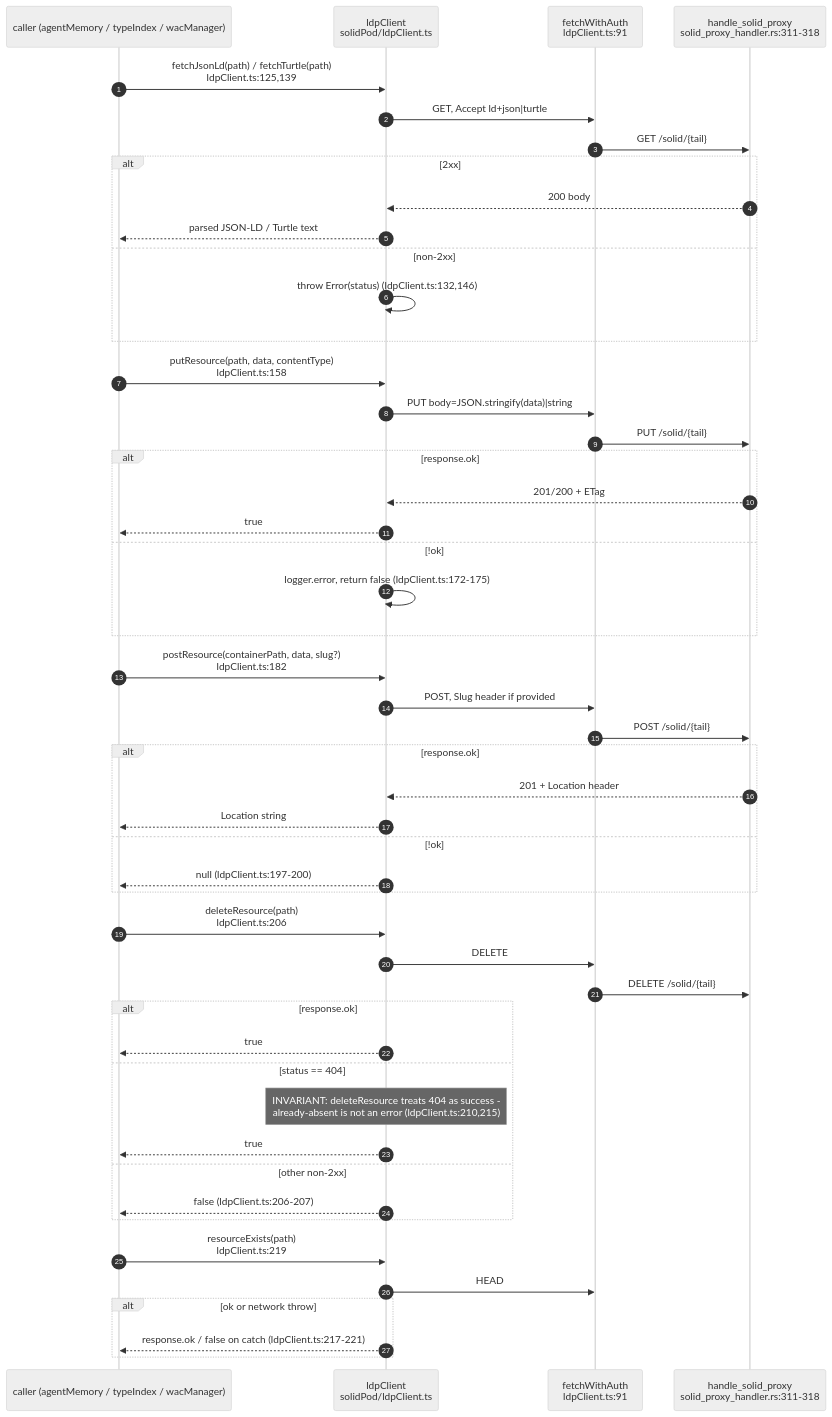
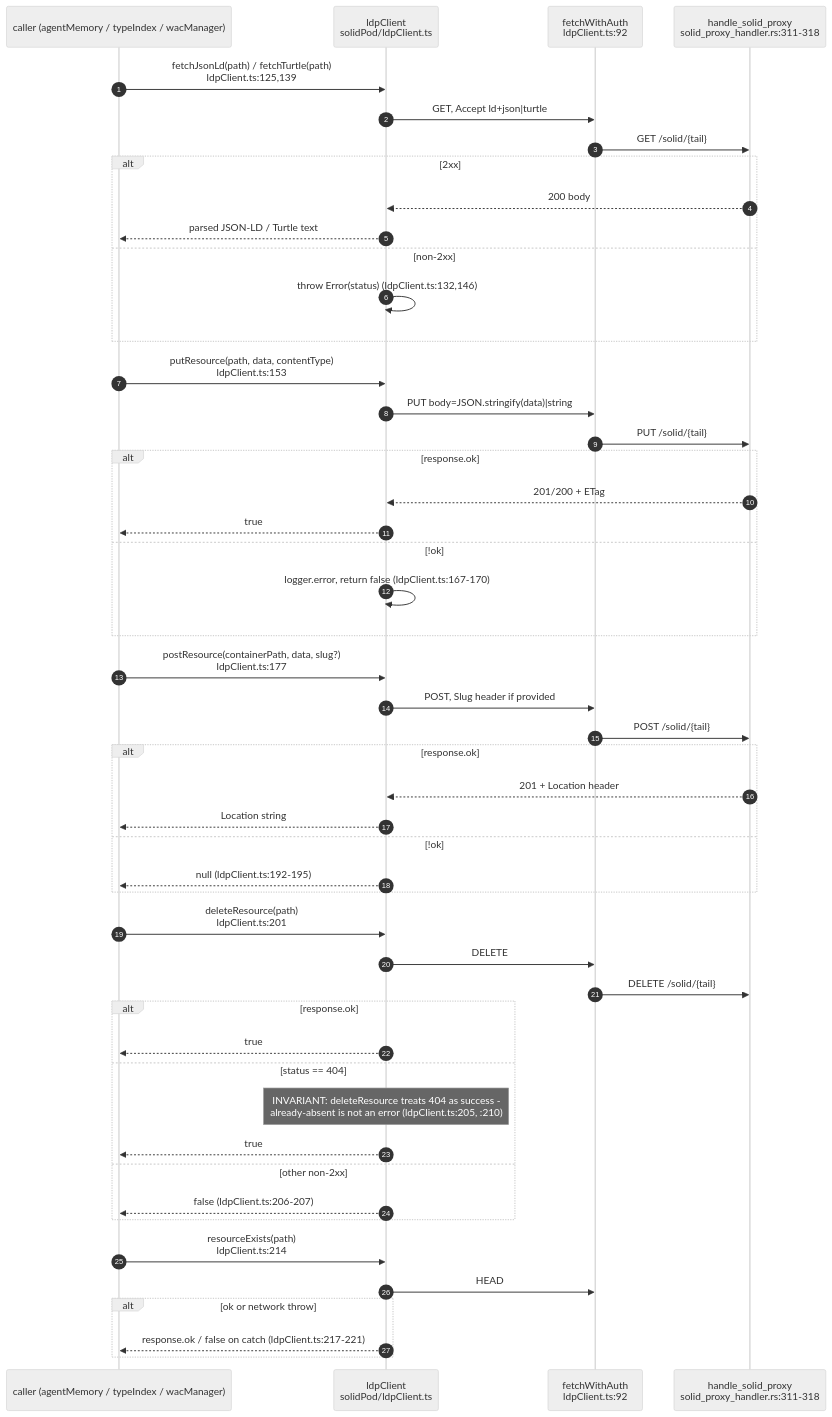
Before and after one commit to DreamLab-AI/VisionFlow: the fifth of 13 diagrams in docs/diagrams/visionclaw/26-solid-pod-and-jss.md, drawn with Mermaid (neutral theme). The commit also changed other lines of this file and 173 other files, not shown here.

````diff
--- a/docs/diagrams/visionclaw/26-solid-pod-and-jss.md
+++ b/docs/diagrams/visionclaw/26-solid-pod-and-jss.md
@@ -214,56 +220,56 @@
 ```mermaid
 sequenceDiagram
     autonumber
     participant App as caller (agentMemory / typeIndex / wacManager)
     participant L as ldpClient<br/>solidPod/ldpClient.ts
-    participant F as fetchWithAuth<br/>ldpClient.ts:91
+    participant F as fetchWithAuth<br/>ldpClient.ts:92
     participant P as handle_solid_proxy<br/>solid_proxy_handler.rs:311-318
 
     App->>L: fetchJsonLd(path) / fetchTurtle(path)<br/>ldpClient.ts:125,139
     L->>F: GET, Accept ld+json|turtle
     F->>P: GET /solid/{tail}
     alt 2xx
         P-->>L: 200 body
         L-->>App: parsed JSON-LD / Turtle text
     else non-2xx
         L->>L: throw Error(status) (ldpClient.ts:132,146)
     end
 
-    App->>L: putResource(path, data, contentType)<br/>ldpClient.ts:158
+    App->>L: putResource(path, data, contentType)<br/>ldpClient.ts:153
     L->>F: PUT body=JSON.stringify(data)|string
     F->>P: PUT /solid/{tail}
     alt response.ok
         P-->>L: 201/200 + ETag
         L-->>App: true
     else !ok
-        L->>L: logger.error, return false (ldpClient.ts:172-175)
+        L->>L: logger.error, return false (ldpClient.ts:167-170)
     end
 
-    App->>L: postResource(containerPath, data, slug?)<br/>ldpClient.ts:182
+    App->>L: postResource(containerPath, data, slug?)<br/>ldpClient.ts:177
     L->>F: POST, Slug header if provided
     F->>P: POST /solid/{tail}
     alt response.ok
         P-->>L: 201 + Location header
         L-->>App: Location string
     else !ok
-        L-->>App: null (ldpClient.ts:197-200)
+        L-->>App: null (ldpClient.ts:192-195)
     end
 
-    App->>L: deleteResource(path)<br/>ldpClient.ts:206
+    App->>L: deleteResource(path)<br/>ldpClient.ts:201
     L->>F: DELETE
     F->>P: DELETE /solid/{tail}
     alt response.ok
         L-->>App: true
     else status == 404
-        Note over L: INVARIANT: deleteResource treats 404 as success -<br/>already-absent is not an error (ldpClient.ts:210,215)
+        Note over L: INVARIANT: deleteResource treats 404 as success -<br/>already-absent is not an error (ldpClient.ts:205, :210)
         L-->>App: true
     else other non-2xx
         L-->>App: false (ldpClient.ts:206-207)
     end
 
-    App->>L: resourceExists(path)<br/>ldpClient.ts:219
+    App->>L: resourceExists(path)<br/>ldpClient.ts:214
     L->>F: HEAD
     alt ok or network throw
         L-->>App: response.ok / false on catch (ldpClient.ts:217-221)
     end
 ```
````
